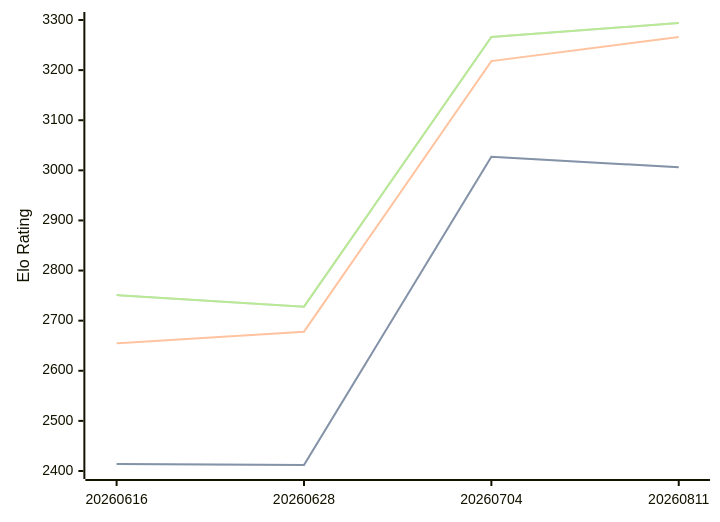
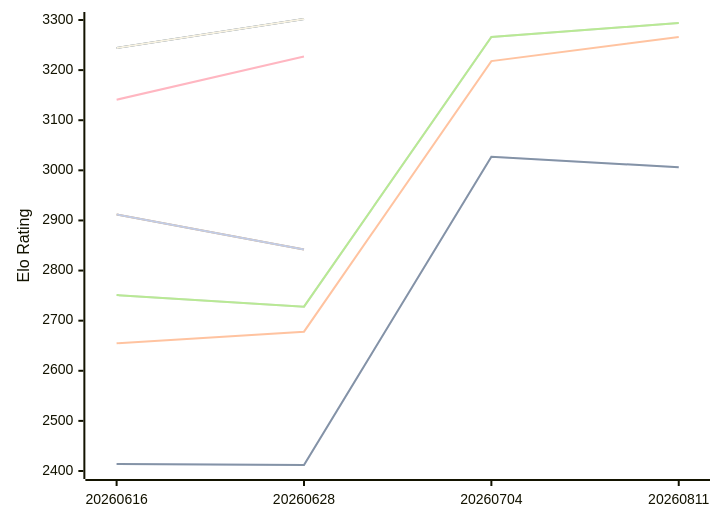
One commit to computer-chess-index/cci changed the diagram in engines/Askaig.md. Above: the diagram before and after it, drawn with Mermaid. The commit also changed other lines of this file, not shown here.

Commit message:
Update CCI Ratings (ELO VLTC) - 2026-10-11

````diff
--- a/engines/Askaig.md
+++ b/engines/Askaig.md
@@ -50,11 +51,16 @@
 ```mermaid
 %%{init: {"theme":"base","themeVariables":{"seriesColors:['#a3a3a3','#222221','#faa371']}}}%%
 xychart-beta
   x-axis ["20260616", "20260628", "20260704", "20260811"]
   y-axis "Elo Rating" 2400 --> 3300
   line "" [2414, 2412, 3027, 3006]
-  line "STC (8.0+0.08s)" [2414, 2412, 3027, 3006]
-  line "LTC (60.0+0.60s)" [2655, 2678, 3218, 3266]
+  line "T1: STC (8.0+0.08s)" [2414, 2412, 3027, 3006]
+  line "T1: LTC (60.0+0.60s)" [2655, 2678, 3218, 3266]
   line "" [2751, 2728, 3266, 3294]
-  line "VLTC (2m24s+1.12s)" [2751, 2728, 3266, 3294]
+  line "T1: VLTC (2m24s+1.12s)" [2751, 2728, 3266, 3294]
+  line "" [2912, 2842]
+  line "E1: STC (8.0+0.08s)" [2912, 2842]
+  line "E1: LTC (60.0+0.60s)" [3141, 3227]
+  line "" [3244, 3302]
+  line "E1: VLTC (2m24s+1.12s)" [3244, 3302]
 ```
````
